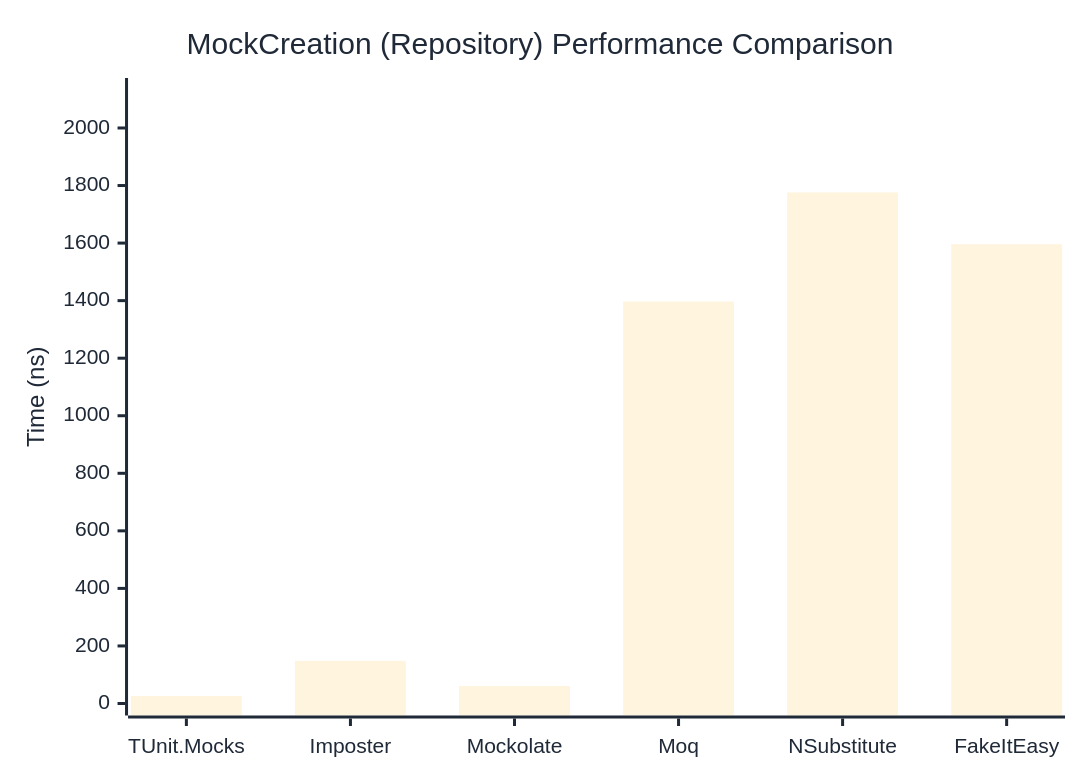
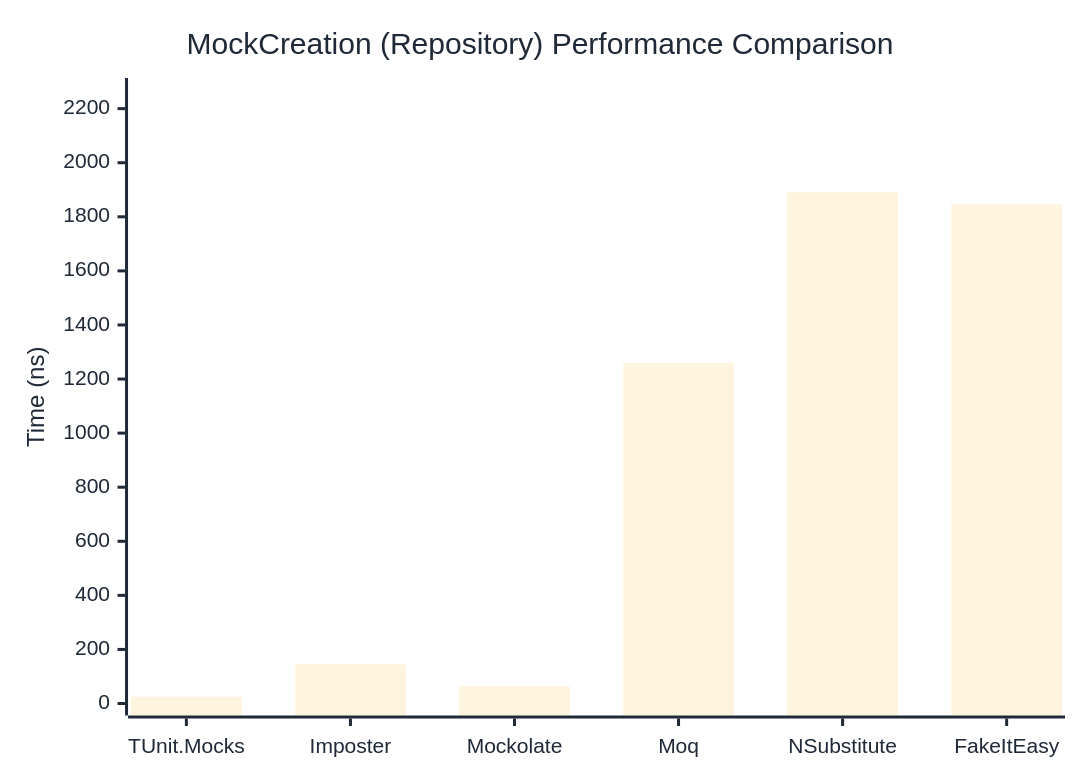
One commit to thomhurst/TUnit changed the second of 2 diagrams in docs/docs/benchmarks/mocks/MockCreation.md. Above: the diagram before and after it, drawn with Mermaid. The commit also changed other lines of this file and 14 other files, not shown here.

````diff
--- a/docs/docs/benchmarks/mocks/MockCreation.md
+++ b/docs/docs/benchmarks/mocks/MockCreation.md
@@ -69,27 +69,27 @@
 ```mermaid
 %%{init: {
   'theme':'base',
   'themeVariables': {
     'primaryColor': '#2563eb',
     'primaryTextColor': '#1f2937',
     'primaryBorderColor': '#1e40af',
     'lineColor': '#6b7280',
     'secondaryColor': '#7c3aed',
     'tertiaryColor': '#dc2626',
     'background': '#ffffff',
     'pie1': '#2563eb',
     'pie2': '#7c3aed',
     'pie3': '#dc2626',
     'pie4': '#f59e0b',
     'pie5': '#10b981',
     'pie6': '#06b6d4',
     'pie7': '#ec4899',
     'pie8': '#6366f1'
   }
 }}%%
 xychart-beta
   title "MockCreation (Repository) Performance Comparison"
   x-axis ["TUnit.Mocks", "Imposter", "Mockolate", "Moq", "NSubstitute", "FakeItEasy"]
-  y-axis "Time (ns)" 0 --> 2132
-  bar [26.07, 148.01, 60.76, 1396.87, 1776.02, 1595.96]
+  y-axis "Time (ns)" 0 --> 2269
+  bar [25.12, 145.1, 63.41, 1258.91, 1890.06, 1845.67]
 ```
````
